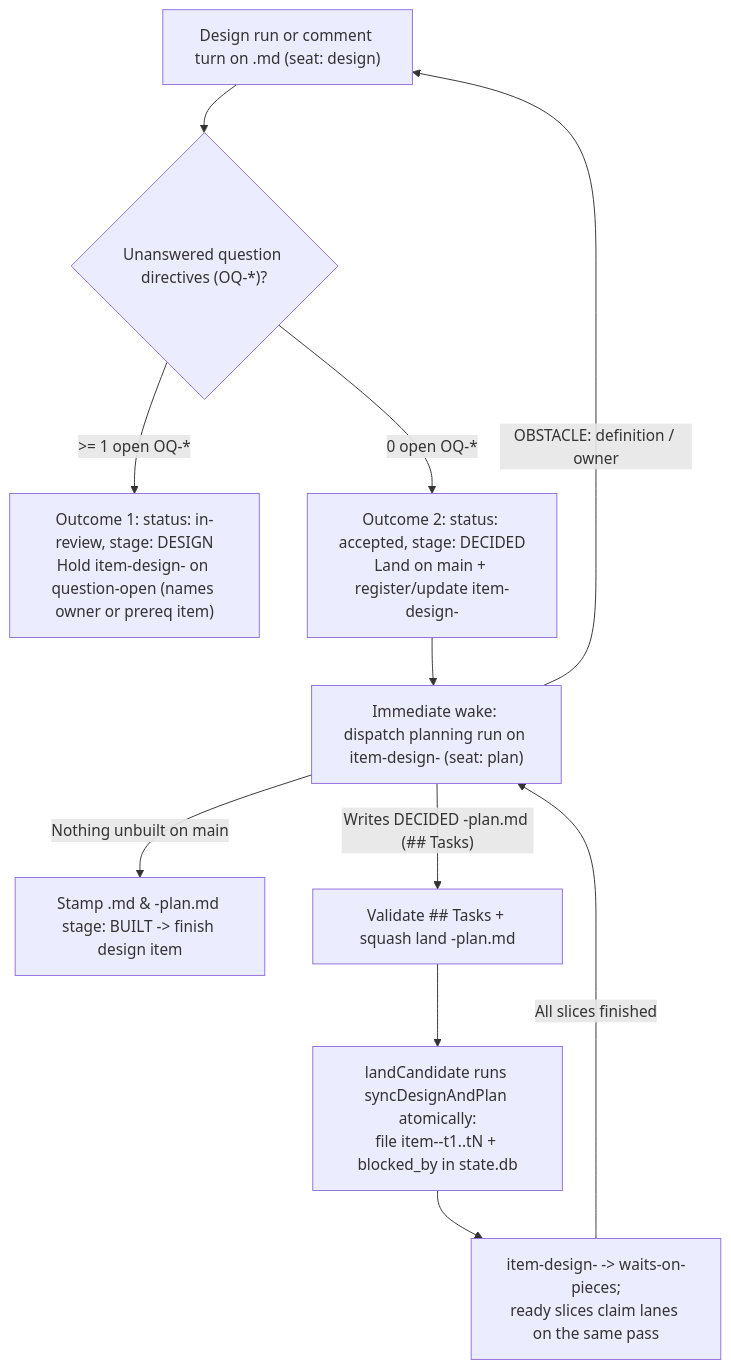
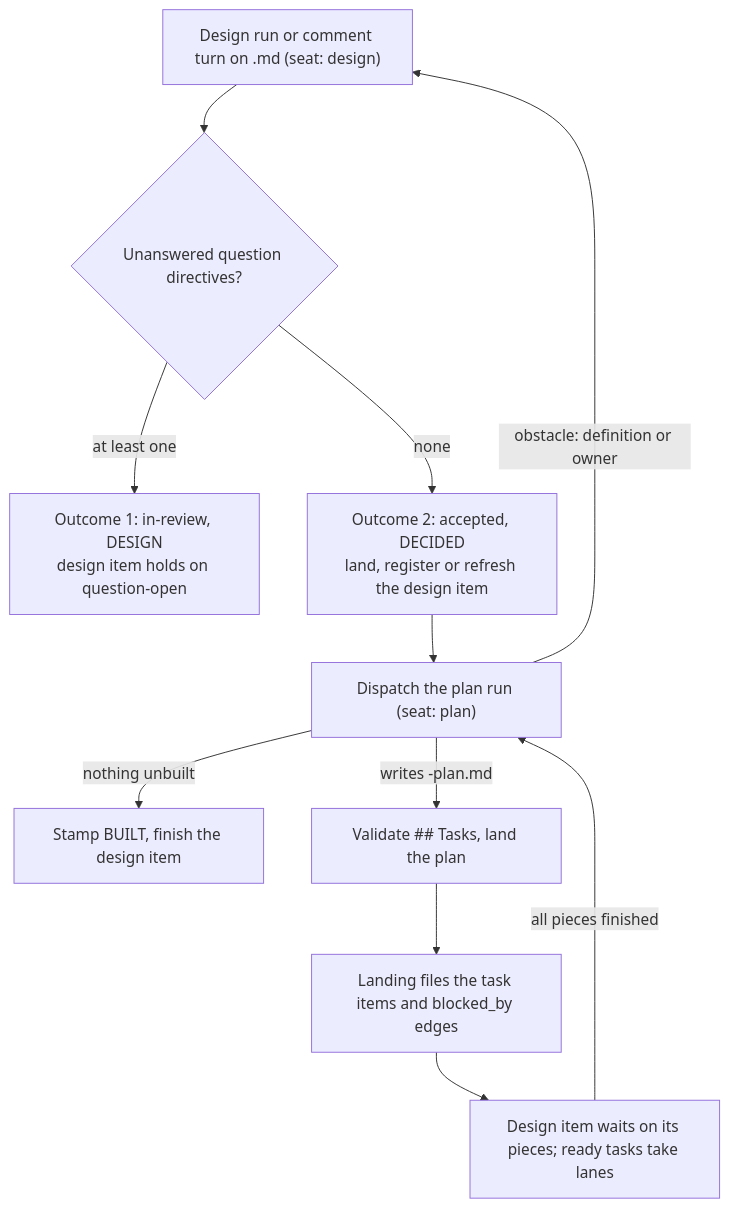
The diagram in docs/design/tillr-design-to-planning-transition.md (mschulkind-oss/tillr), drawn with Mermaid before and after one commit. The commit also changed other lines of this file and 5 other files, not shown here.

First line of the commit message:
docs: reduce the design-flow designs and the provenance review to what holds now

````diff
--- a/docs/design/tillr-design-to-planning-transition.md
+++ b/docs/design/tillr-design-to-planning-transition.md
@@ -141,13 +193,13 @@
 ```mermaid
 flowchart TD
-    D["Design run or comment turn on <topic>.md (seat: design)"] --> Q{"Unanswered question directives (OQ-*)?"}
-    Q -- ">= 1 open OQ-*" --> H["Outcome 1: status: in-review, stage: DESIGN<br/>Hold item-design-<slug> on question-open (names owner or prereq item)"]
-    Q -- "0 open OQ-*" --> A["Outcome 2: status: accepted, stage: DECIDED<br/>Land on main + register/update item-design-<slug>"]
-    A --> P["Immediate wake: dispatch planning run on item-design-<slug> (seat: plan)"]
-    P -- "OBSTACLE: definition / owner" --> D
-    P -- "Nothing unbuilt on main" --> B["Stamp <topic>.md & <topic>-plan.md stage: BUILT -> finish design item"]
-    P -- "Writes DECIDED <topic>-plan.md (## Tasks)" --> L["Validate ## Tasks + squash land <topic>-plan.md"]
-    L --> S["landCandidate runs syncDesignAndPlan atomically:<br/>file item-<plan-slug>-t1..tN + blocked_by in state.db"]
-    S --> W["item-design-<slug> -> waits-on-pieces;<br/>ready slices claim lanes on the same pass"]
-    W -- "All slices finished" --> P
+    D["Design run or comment turn on <topic>.md (seat: design)"] --> Q{"Unanswered question directives?"}
+    Q -- "at least one" --> H["Outcome 1: in-review, DESIGN<br/>design item holds on question-open"]
+    Q -- "none" --> A["Outcome 2: accepted, DECIDED<br/>land, register or refresh the design item"]
+    A --> P["Dispatch the plan run (seat: plan)"]
+    P -- "obstacle: definition or owner" --> D
+    P -- "nothing unbuilt" --> B["Stamp BUILT, finish the design item"]
+    P -- "writes <topic>-plan.md" --> L["Validate ## Tasks, land the plan"]
+    L --> S["Landing files the task items and blocked_by edges"]
+    S --> W["Design item waits on its pieces; ready tasks take lanes"]
+    W -- "all pieces finished" --> P
 ```
````
